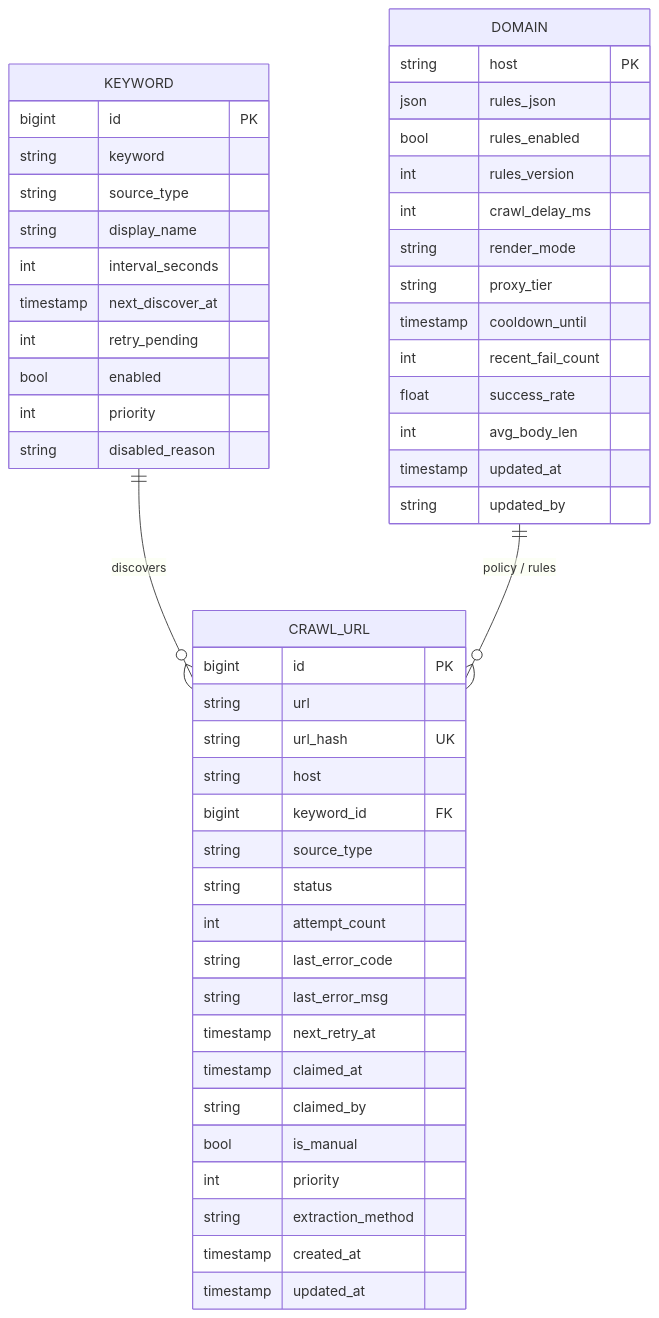
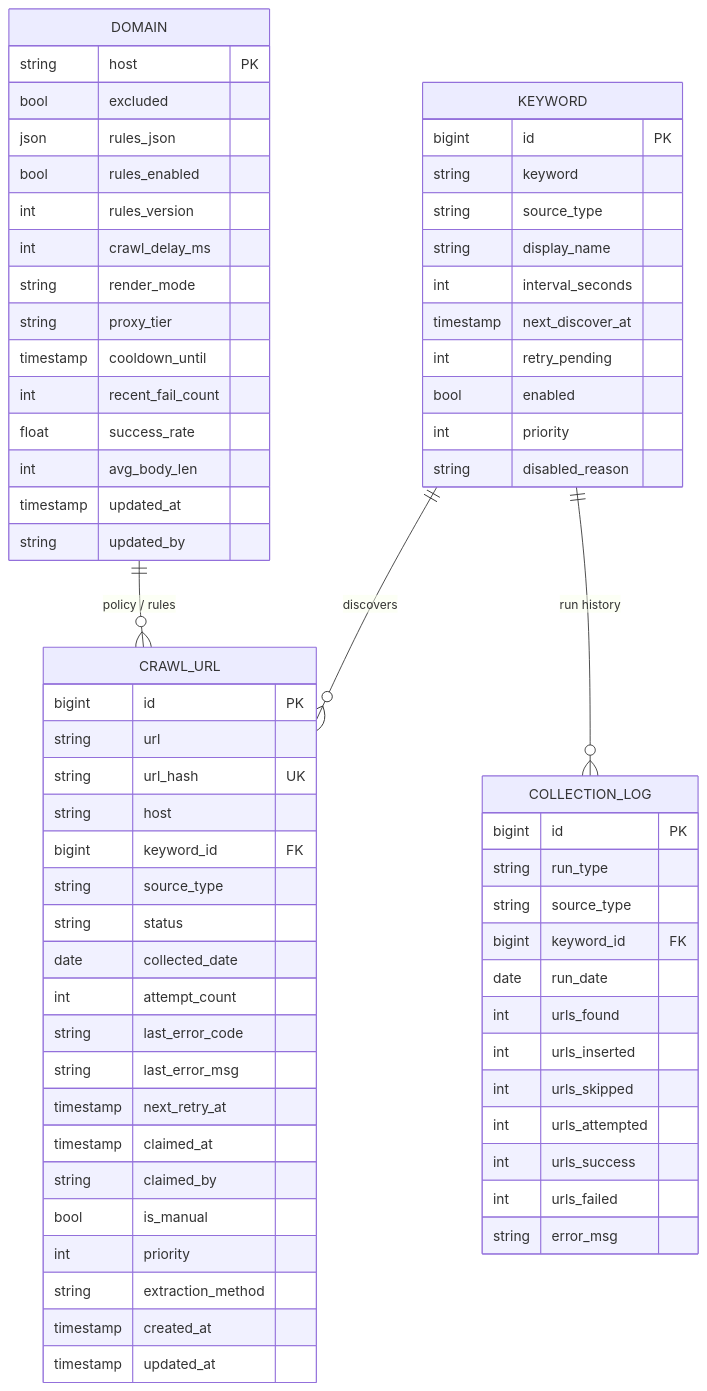
The second of 3 diagrams in docs/discovery-worker-design.md (JHS-on-Lab/discovery-worker), drawn with Mermaid before and after one commit. The commit also changed other lines of this file and 7 other files, not shown here.

````diff
--- a/docs/discovery-worker-design.md
+++ b/docs/discovery-worker-design.md
@@ -129,52 +136,69 @@
 ```mermaid
 erDiagram
   KEYWORD ||--o{ CRAWL_URL : discovers
   DOMAIN  ||--o{ CRAWL_URL : "policy / rules"
+  KEYWORD ||--o{ COLLECTION_LOG : "run history"
   KEYWORD {
     bigint id PK
     string keyword
     string source_type
     string display_name
     int interval_seconds
     timestamp next_discover_at
     int retry_pending
     bool enabled
     int priority
     string disabled_reason
   }
   CRAWL_URL {
     bigint id PK
     string url
     string url_hash UK
     string host
     bigint keyword_id FK
     string source_type
     string status
+    date collected_date
     int attempt_count
     string last_error_code
     string last_error_msg
     timestamp next_retry_at
     timestamp claimed_at
     string claimed_by
     bool is_manual
     int priority
     string extraction_method
     timestamp created_at
     timestamp updated_at
   }
   DOMAIN {
     string host PK
+    bool excluded
     json rules_json
     bool rules_enabled
     int rules_version
     int crawl_delay_ms
     string render_mode
     string proxy_tier
     timestamp cooldown_until
     int recent_fail_count
     float success_rate
     int avg_body_len
     timestamp updated_at
     string updated_by
   }
+  COLLECTION_LOG {
+    bigint id PK
+    string run_type
+    string source_type
+    bigint keyword_id FK
+    date run_date
+    int urls_found
+    int urls_inserted
+    int urls_skipped
+    int urls_attempted
+    int urls_success
+    int urls_failed
+    string error_msg
+  }
 ```
````
